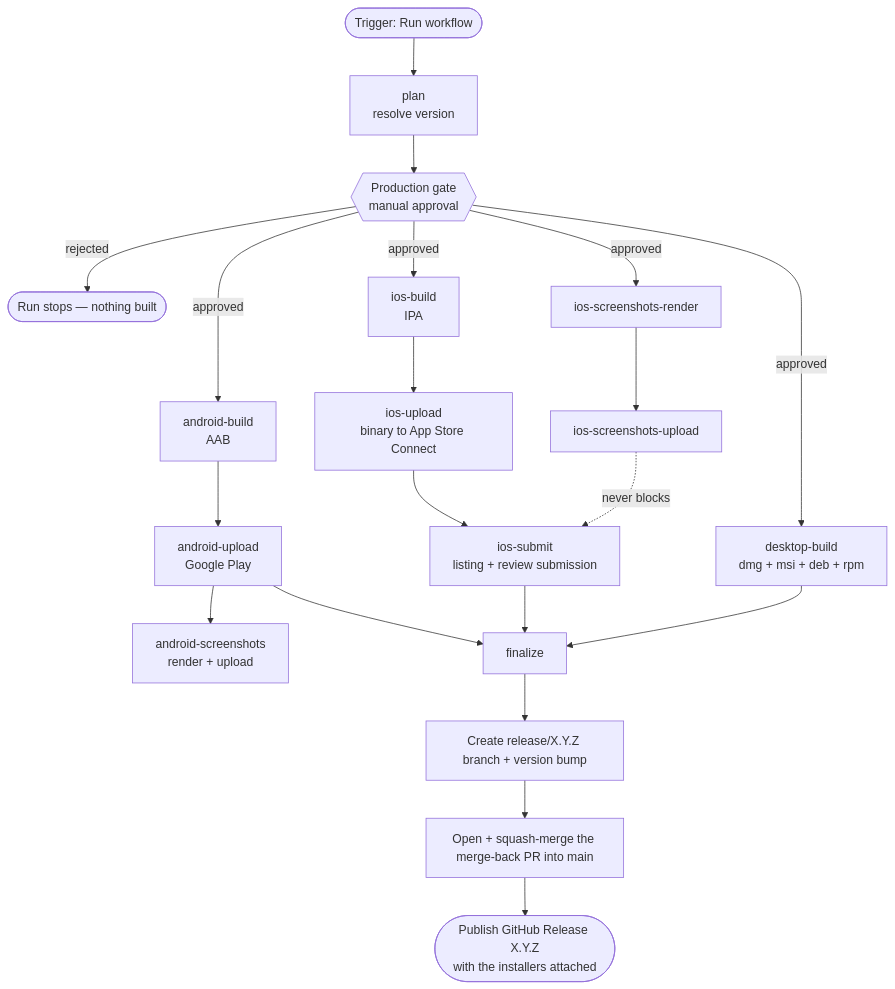
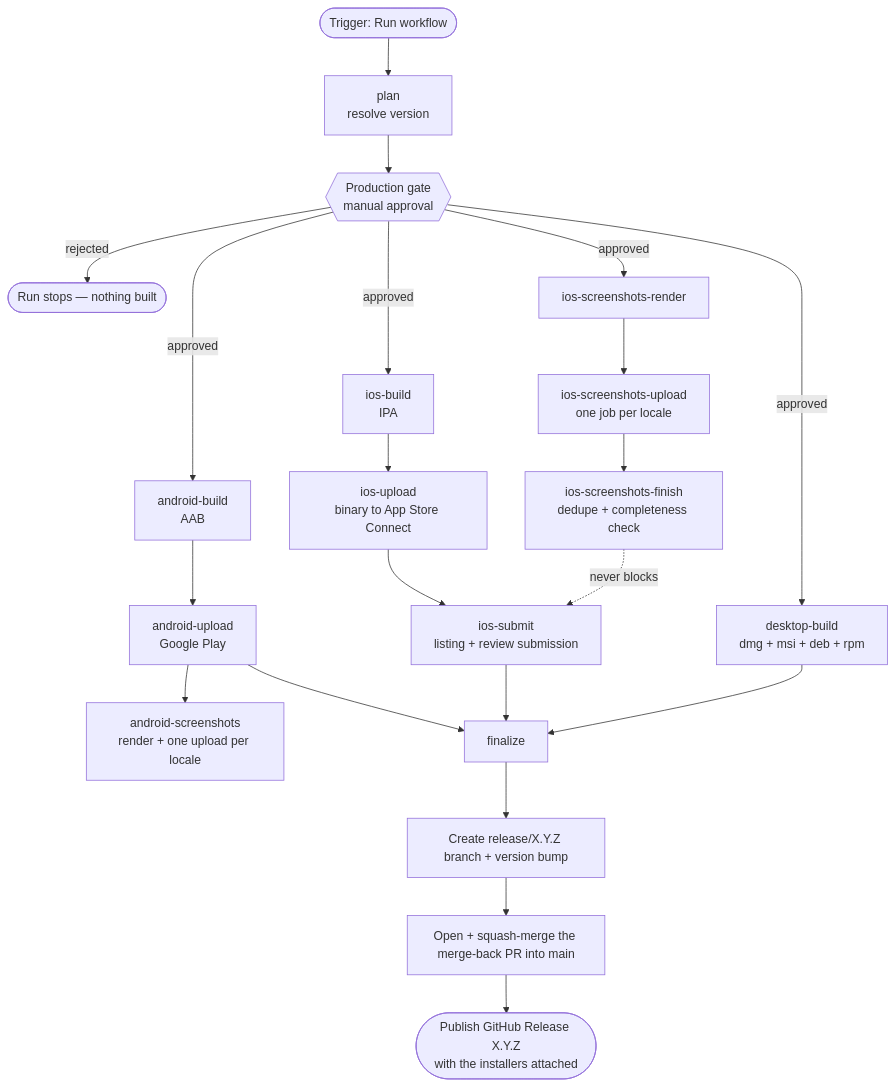
One commit to Quartel-Enterprise/bible-planner-mobile-client changed the first of 2 diagrams in docs/release-process.md. Above: the diagram before and after it, drawn with Mermaid. The commit also changed other lines of this file and 4 other files, not shown here.

Commit message:
chore: upload the store screenshots one locale per job, retry Play 5xx (#583)

````diff
--- a/docs/release-process.md
+++ b/docs/release-process.md
@@ -19,22 +19,23 @@
 ```mermaid
 flowchart TD
     A([Trigger: Run workflow]) --> B[plan<br/>resolve version]
     B --> G{{Production gate<br/>manual approval}}
     G -->|rejected| X([Run stops — nothing built])
     G -->|approved| D1[android-build<br/>AAB]
     G -->|approved| E1[ios-build<br/>IPA]
     G -->|approved| S1[ios-screenshots-render]
     G -->|approved| H[desktop-build<br/>dmg + msi + deb + rpm]
     D1 --> D2[android-upload<br/>Google Play]
-    D2 --> D3[android-screenshots<br/>render + upload]
+    D2 --> D3[android-screenshots<br/>render + one upload per locale]
     E1 --> E2[ios-upload<br/>binary to App Store Connect]
-    S1 --> S2[ios-screenshots-upload]
+    S1 --> S2[ios-screenshots-upload<br/>one job per locale]
+    S2 --> S3[ios-screenshots-finish<br/>dedupe + completeness check]
     E2 --> E3[ios-submit<br/>listing + review submission]
-    S2 -.->|never blocks| E3
+    S3 -.->|never blocks| E3
     D2 --> F[finalize]
     E3 --> F
     H --> F
     F --> F1[Create release/X.Y.Z branch + version bump]
     F1 --> F2[Open + squash-merge the merge-back PR into main]
     F2 --> F3([Publish GitHub Release X.Y.Z<br/>with the installers attached])
 ```
````
